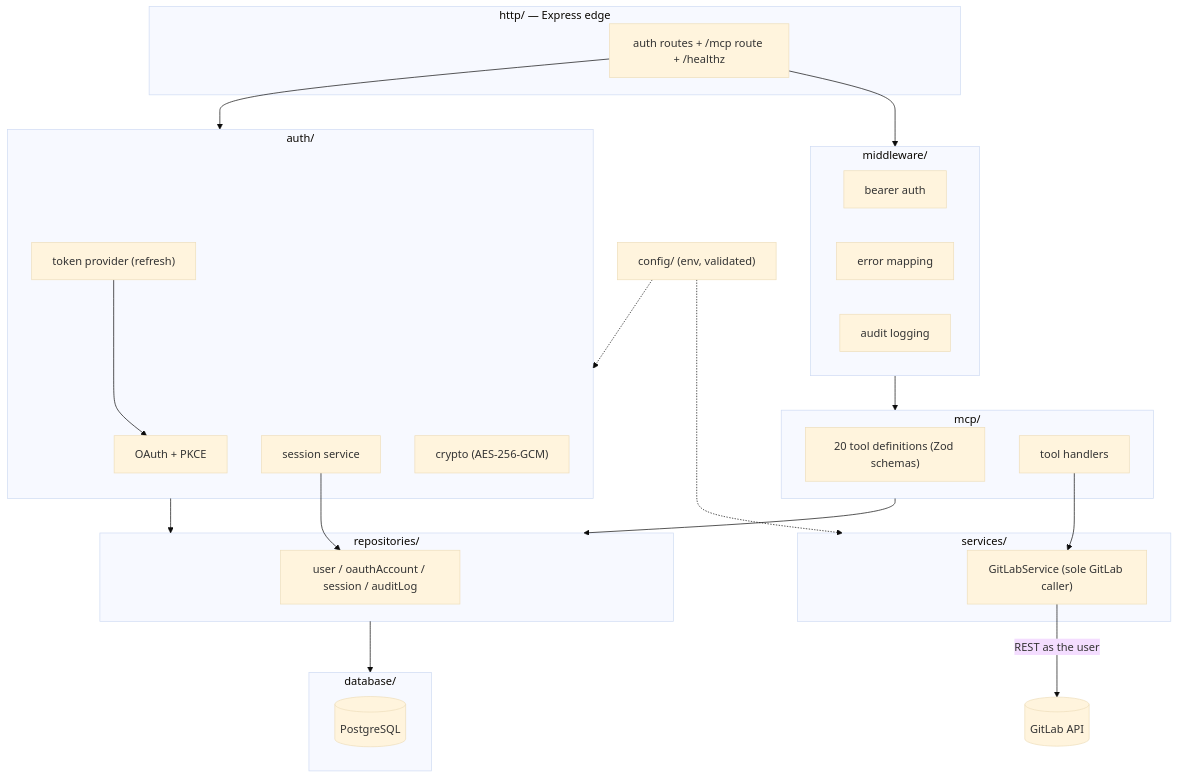
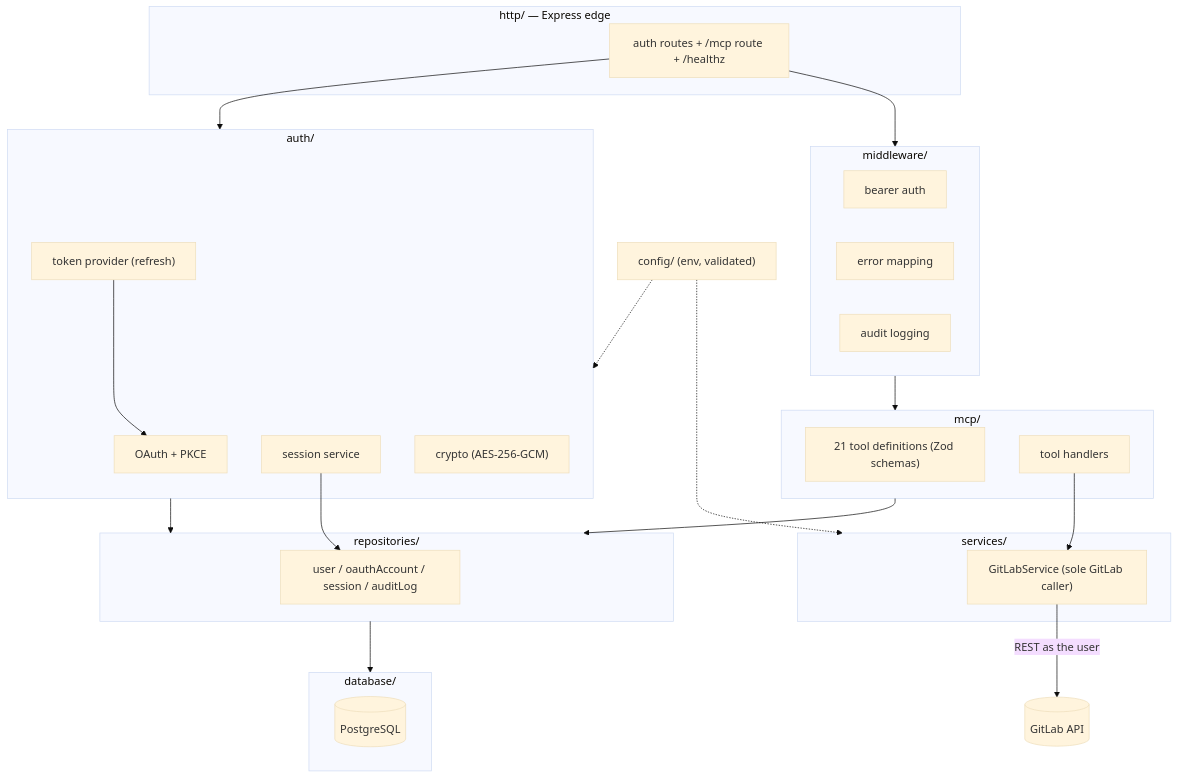
Before and after one commit to lxnewayfarer/gitlab-mcp: the first of 3 diagrams in docs/architecture.md, drawn with Mermaid (base theme). The commit also changed other lines of this file and 10 other files, not shown here.

````diff
--- a/docs/architecture.md
+++ b/docs/architecture.md
@@ -21,44 +21,44 @@
 ```mermaid
 flowchart TD
     subgraph HTTP["http/ — Express edge"]
       Routes["auth routes + /mcp route + /healthz"]
     end
     subgraph MW["middleware/"]
       Auth["bearer auth"]
       Err["error mapping"]
       Audit["audit logging"]
     end
     subgraph MCP["mcp/"]
-      Tools["20 tool definitions (Zod schemas)"]
+      Tools["21 tool definitions (Zod schemas)"]
       Handlers["tool handlers"]
     end
     subgraph SVC["services/"]
       GL["GitLabService (sole GitLab caller)"]
     end
     subgraph REPO["repositories/"]
       R["user / oauthAccount / session / auditLog"]
     end
     subgraph DB["database/"]
       PG[("PostgreSQL")]
     end
     subgraph AUTHL["auth/"]
       OAuth["OAuth + PKCE"]
       Sess["session service"]
       Crypto["crypto (AES-256-GCM)"]
       TP["token provider (refresh)"]
     end
     CFG["config/ (env, validated)"]
 
     Routes --> MW
     MW --> MCP
     Handlers --> GL
     GL -->|REST as the user| GLAPI[("GitLab API")]
     MCP --> REPO
     AUTHL --> REPO
     REPO --> DB
     Routes --> AUTHL
     TP --> OAuth
     Sess --> R
     CFG -.-> SVC
     CFG -.-> AUTHL
 ```
````
